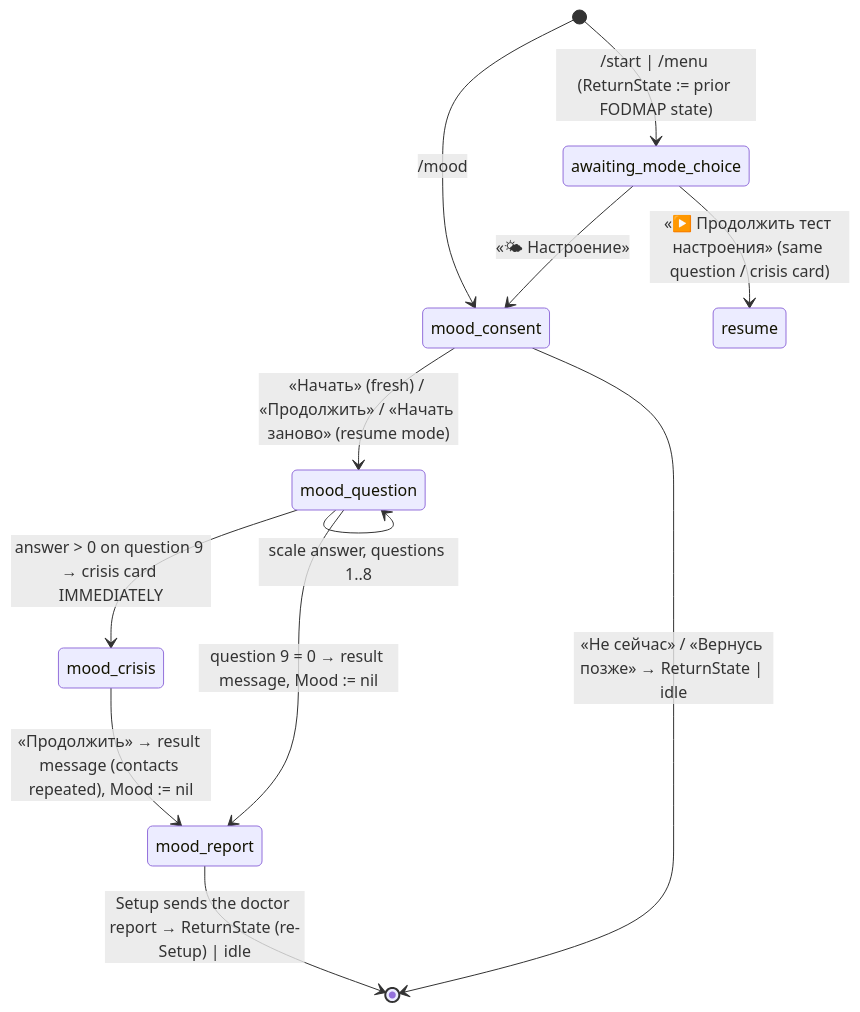
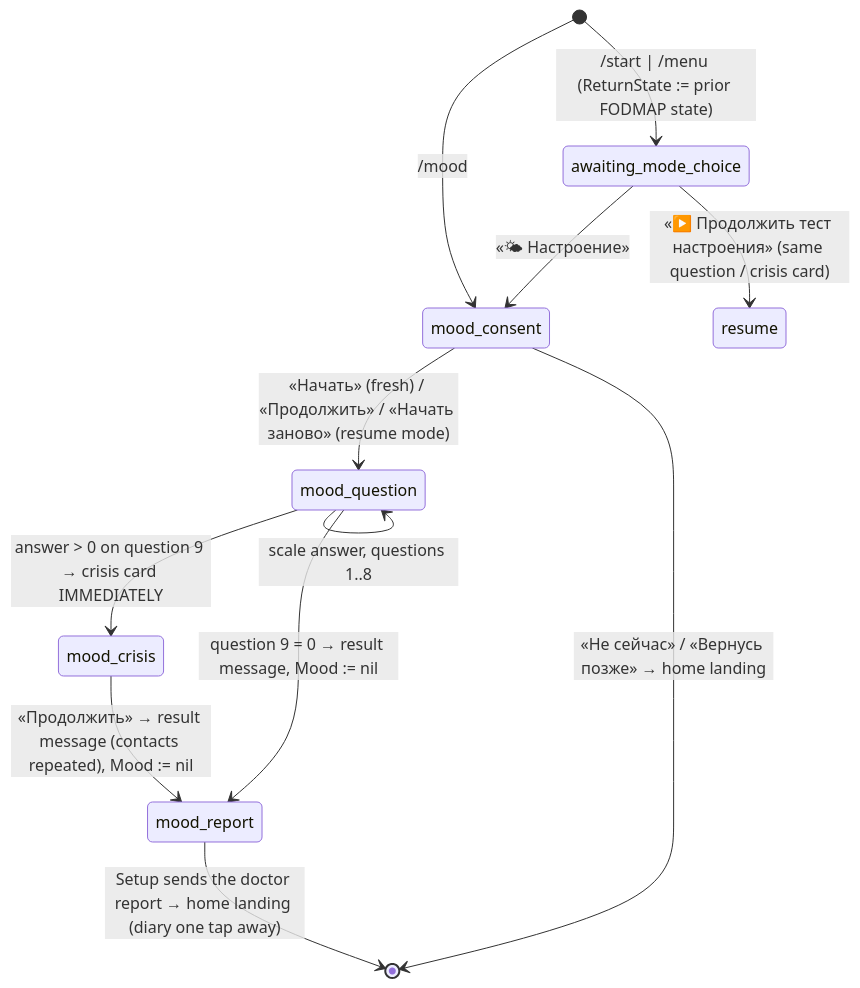
Before and after one commit to padington/tgbase: the third of 4 diagrams in README.md, drawn with Mermaid. The commit also changed other lines of this file and 16 other files, not shown here.

````diff
--- a/README.md
+++ b/README.md
@@ -162,14 +170,14 @@
 ```mermaid
 stateDiagram-v2
     [*] --> awaiting_mode_choice: /start | /menu (ReturnState := prior FODMAP state)
     awaiting_mode_choice --> mood_consent: «🌤 Настроение»
     awaiting_mode_choice --> resume: «▶️ Продолжить тест настроения» (same question / crisis card)
     [*] --> mood_consent: /mood
     mood_consent --> mood_question: «Начать» (fresh) / «Продолжить» / «Начать заново» (resume mode)
-    mood_consent --> [*]: «Не сейчас» / «Вернусь позже» → ReturnState | idle
+    mood_consent --> [*]: «Не сейчас» / «Вернусь позже» → home landing
     mood_question --> mood_question: scale answer, questions 1..8
     mood_question --> mood_crisis: answer > 0 on question 9 → crisis card IMMEDIATELY
     mood_question --> mood_report: question 9 = 0 → result message, Mood := nil
     mood_crisis --> mood_report: «Продолжить» → result message (contacts repeated), Mood := nil
-    mood_report --> [*]: Setup sends the doctor report → ReturnState (re-Setup) | idle
+    mood_report --> [*]: Setup sends the doctor report → home landing (diary one tap away)
 ```
````
